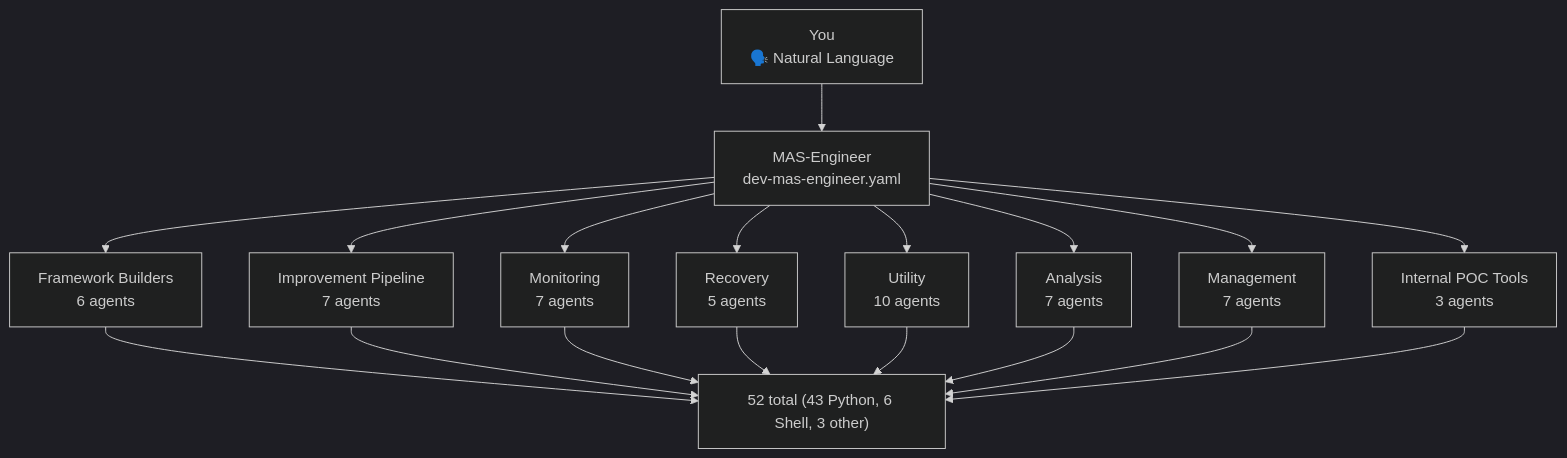
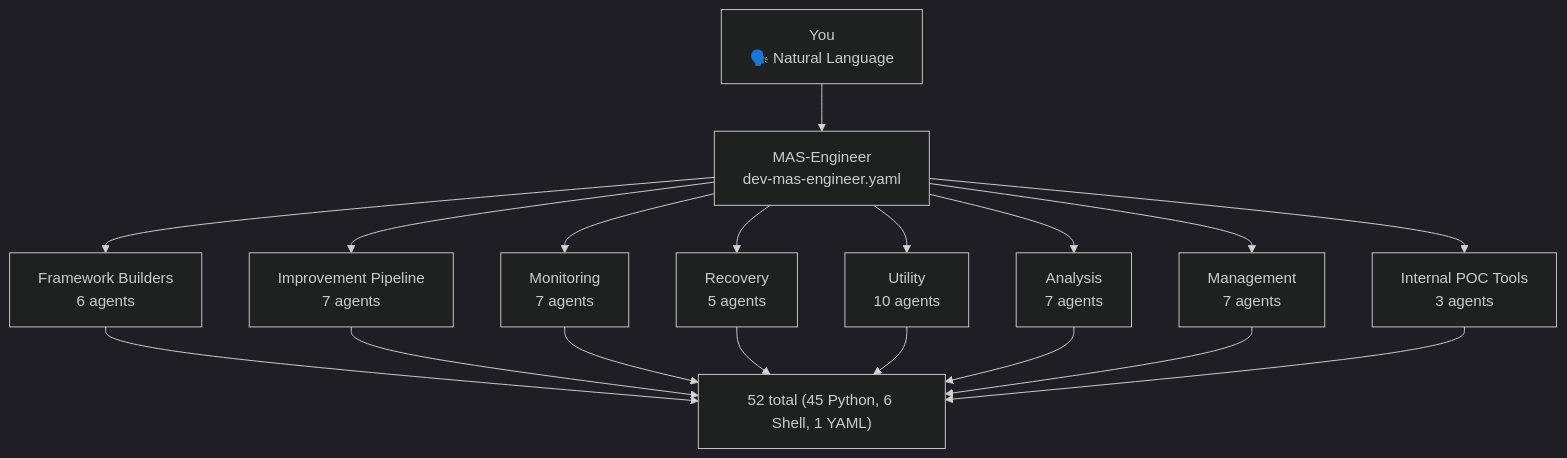
Before and after one commit to mczardybon/mas-engineer: the second of 6 diagrams in README.md, drawn with Mermaid (dark theme). The commit also changed other lines of this file and 7 other files, not shown here.

````diff
--- a/README.md
+++ b/README.md
@@ -252,13 +252,13 @@
 ```mermaid
 flowchart TD
     YOU["You\n🗣️ Natural Language"] --> ENGINEER["MAS-Engineer\ndev-mas-engineer.yaml"]
     ENGINEER --> FB["Framework Builders\n6 agents"]
     ENGINEER --> IP["Improvement Pipeline\n7 agents"]
     ENGINEER --> MON["Monitoring\n7 agents"]
     ENGINEER --> REC["Recovery\n5 agents"]
     ENGINEER --> UT["Utility\n10 agents"]
     ENGINEER --> AN["Analysis\n7 agents"]
     ENGINEER --> MG["Management\n7 agents"]
     ENGINEER --> POC["Internal POC Tools\n3 agents"]
-    FB & IP & MON & REC & UT & AN & MG & POC --> TOOLS["52 total (43 Python, 6 Shell, 3 other)"]
+    FB & IP & MON & REC & UT & AN & MG & POC --> TOOLS["52 total (45 Python, 6 Shell, 1 YAML)"]
 ```
````
